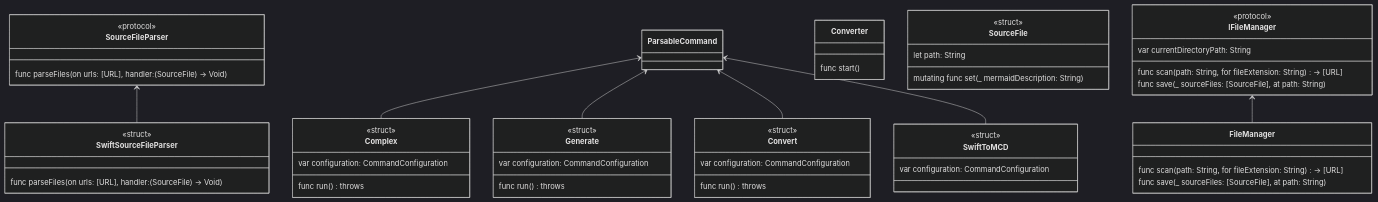
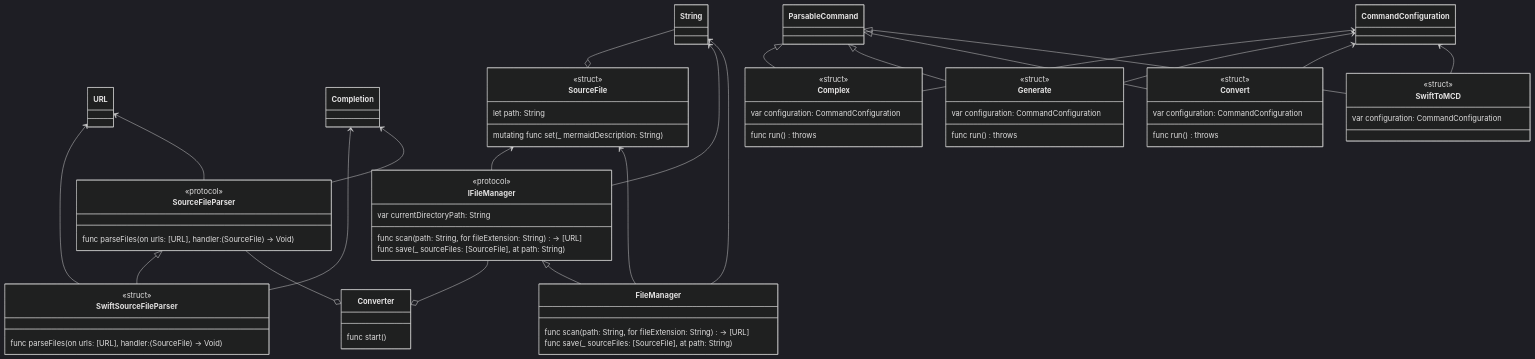
The diagram in README.md (TimuREC/swift-to-mcd), drawn with Mermaid (dark theme) before and after one commit. The commit also changed 1 other file, not shown here.

Commit message:
Доработано составление графа

````diff
--- a/README.md
+++ b/README.md
@@ -9,13 +9,15 @@
 ```mermaid
-  classDiagram
+classDiagram
 
-SourceFileParser <-- SwiftSourceFileParser
+SourceFileParser <|-- SwiftSourceFileParser
 class SwiftSourceFileParser{
 	<<struct>>
 
 	
 	func parseFiles(on urls: [URL], handler: (SourceFile) -> Void)
 }
+URL <-- SwiftSourceFileParser
+Completion <-- SwiftSourceFileParser
 
 class SourceFileParser{
 	<<protocol>>
@@ -23,8 +25,10 @@
 	
 	func parseFiles(on urls: [URL], handler: (SourceFile) -> Void)
 }
+Completion <-- SourceFileParser
+URL <-- SourceFileParser
 
-ParsableCommand <-- Complex
+ParsableCommand <|-- Complex
 class Complex{
 	<<struct>>
 
@@ -32,8 +36,9 @@
 	
 	func run() throws
 }
+CommandConfiguration <-- Complex
 
-ParsableCommand <-- Generate
+ParsableCommand <|-- Generate
 class Generate{
 	<<struct>>
 
@@ -41,8 +46,9 @@
 	
 	func run() throws
 }
+CommandConfiguration <-- Generate
 
-ParsableCommand <-- Convert
+ParsableCommand <|-- Convert
 class Convert{
 	<<struct>>
 
@@ -50,11 +56,14 @@
 	
 	func run() throws
 }
+CommandConfiguration <-- Convert
 
 class Converter{
 	
 	func start()
 }
+IFileManager --o Converter
+SourceFileParser --o Converter
 
 class SourceFile{
 	<<struct>>
@@ -63,14 +72,16 @@
 	
 	mutating func set(_ mermaidDescription: String)
 }
+String --o SourceFile
 
-ParsableCommand <-- SwiftToMCD
+ParsableCommand <|-- SwiftToMCD
 class SwiftToMCD{
 	<<struct>>
 
 	var configuration: CommandConfiguration
 	
 }
+CommandConfiguration <-- SwiftToMCD
 
 class IFileManager{
 	<<protocol>>
@@ -80,12 +91,16 @@
 	func scan(path: String, for fileExtension: String) -> [URL]
 	func save(_ sourceFiles: [SourceFile], at path: String)
 }
+SourceFile <-- IFileManager
+String <-- IFileManager
 
-IFileManager <-- FileManager
+IFileManager <|-- FileManager
 class FileManager{
 	
 	func scan(path: String, for fileExtension: String) -> [URL]
 	func save(_ sourceFiles: [SourceFile], at path: String)
 }
+SourceFile <-- FileManager
+String <-- FileManager
 
 ```
````
